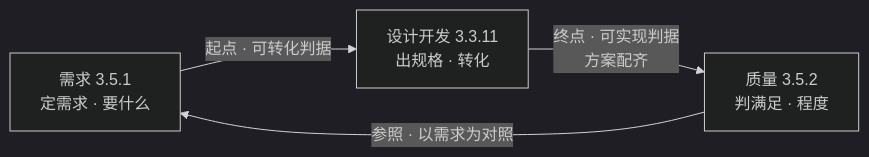
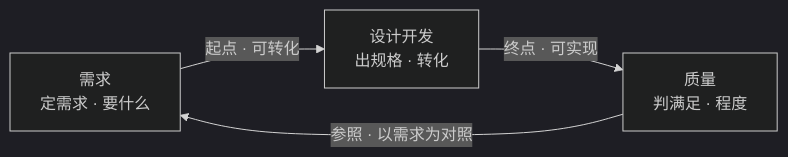
The diagram in 10-系统工程研究/03-架构师是个怎样的物种/03-第3章-需求、设计开发、质量-产品开发的图式.md (Yongjunzhou/business-Engineering), drawn with Mermaid (dark theme) before and after one commit. The commit also changed other lines of this file and 16 other files, not shown here.

````diff
--- a/10-系统工程研究/03-架构师是个怎样的物种/03-第3章-需求、设计开发、质量-产品开发的图式.md
+++ b/10-系统工程研究/03-架构师是个怎样的物种/03-第3章-需求、设计开发、质量-产品开发的图式.md
@@ -747,9 +489,9 @@
 ```mermaid
 flowchart LR
-    R["需求 3.5.1<br/>定需求 · 要什么"]
-    D["设计开发 3.3.11<br/>出规格 · 转化"]
-    Q["质量 3.5.2<br/>判满足 · 程度"]
-    R -->|"起点 · 可转化判据"| D
-    D -->|"终点 · 可实现判据<br/>方案配齐"| Q
+    R["需求<br/>定需求 · 要什么"]
+    D["设计开发<br/>出规格 · 转化"]
+    Q["质量<br/>判满足 · 程度"]
+    R -->|"起点 · 可转化"| D
+    D -->|"终点 · 可实现"| Q
     Q -->|"参照 · 以需求为对照"| R
 ```
````
